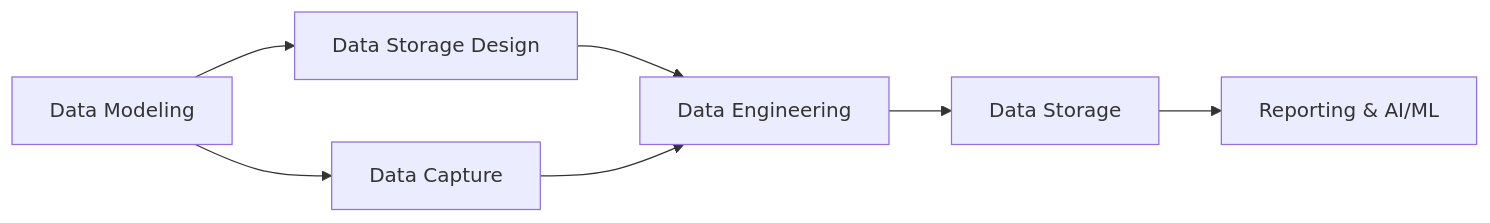
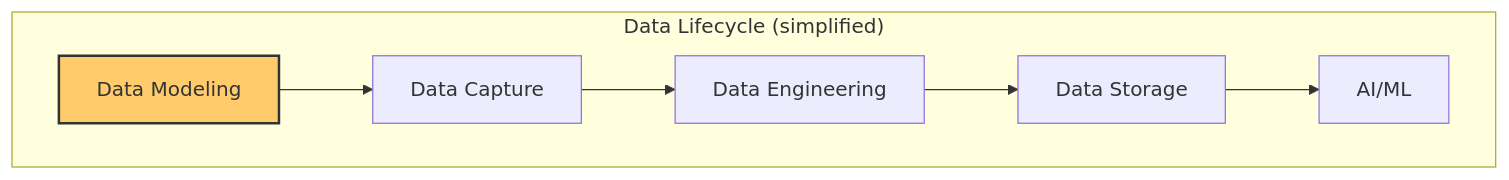
Before and after one commit to kanad13/data_modeling: the second of 5 diagrams in 100-data_modeling_techniques/05-overview_of_data_modeling_concepts.md, drawn with Mermaid. The commit also changed 1 other file, not shown here.

Commit message:
data model diagram updated

````diff
--- a/100-data_modeling_techniques/05-overview_of_data_modeling_concepts.md
+++ b/100-data_modeling_techniques/05-overview_of_data_modeling_concepts.md
@@ -99,9 +99,11 @@
 ```mermaid
-graph LR
-    A[Data Modeling] --> B[Data Capture]
-    A --> D[Data Storage Design]
-    D --> F[Data Engineering]
-    B --> F
-    F --> G[Data Storage]
-    G --> H[Reporting & AI/ML]
+flowchart TD
+    subgraph "Data Lifecycle (simplified)"
+    direction LR
+        A["Data Modeling"] --> B["Data Capture"]
+        B --> F["Data Engineering"]
+        F --> G["Data Storage"]
+        G --> H["AI/ML"]
+        style A fill:#ffcb6b,stroke:#333,stroke-width:2px
+    end
 ```
````
